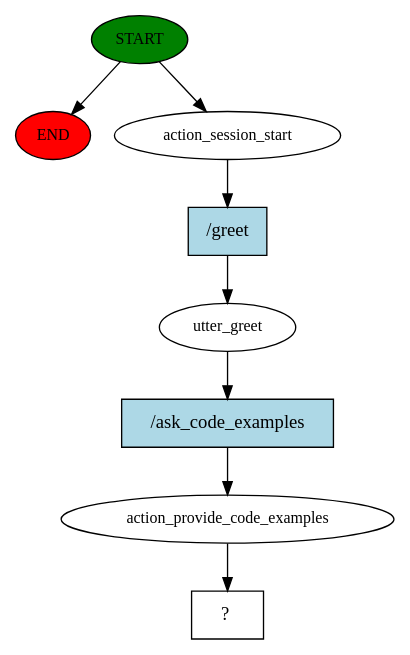
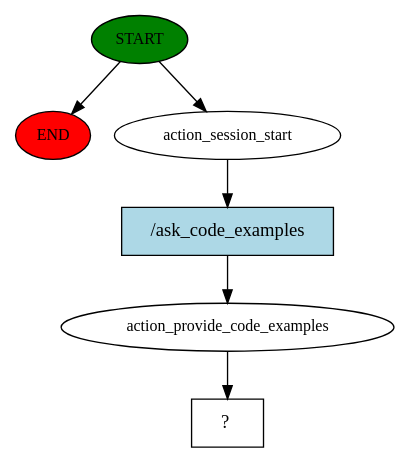
One commit to RiteshYennuwar/ChatBot-Python_Sensei changed the diagram in story_graph.dot. Above: the diagram before and after it, drawn with Graphviz. The commit also changed 313 other files, not shown here.

Commit message:
code_examples : fuck off

```diff
--- a/story_graph.dot
+++ b/story_graph.dot
@@ -1,17 +1,13 @@
 digraph  {
 0 [class="start active", fillcolor=green, fontsize=12, label=START, style=filled];
 "-1" [class=end, fillcolor=red, fontsize=12, label=END, style=filled];
 1 [class=active, fontsize=12, label=action_session_start];
-2 [class=active, fontsize=12, label=utter_greet];
-3 [class=active, fontsize=12, label=action_provide_code_examples];
-4 [class="intent dashed active", label="  ?  ", shape=rect];
-5 [class="intent active", fillcolor=lightblue, label="/greet", shape=rect, style=filled];
-6 [class="intent active", fillcolor=lightblue, label="/ask_code_examples", shape=rect, style=filled];
+2 [class=active, fontsize=12, label=action_provide_code_examples];
+3 [class="intent dashed active", label="  ?  ", shape=rect];
+4 [class="intent active", fillcolor=lightblue, label="/ask_code_examples", shape=rect, style=filled];
 0 -> "-1"  [class="", key=NONE, label=""];
 0 -> 1  [class=active, key=NONE, label=""];
-1 -> 5  [class=active, key=0];
-2 -> 6  [class=active, key=0];
-3 -> 4  [class=active, key=NONE, label=""];
-5 -> 2  [class=active, key=0];
-6 -> 3  [class=active, key=0];
+1 -> 4  [class=active, key=0];
+2 -> 3  [class=active, key=NONE, label=""];
+4 -> 2  [class=active, key=0];
 }
```
